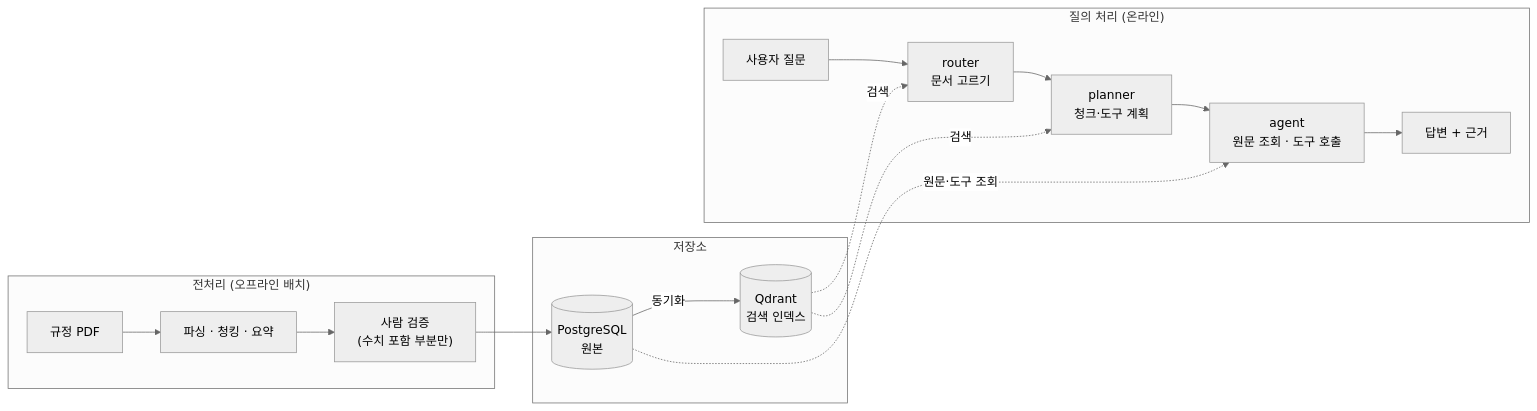
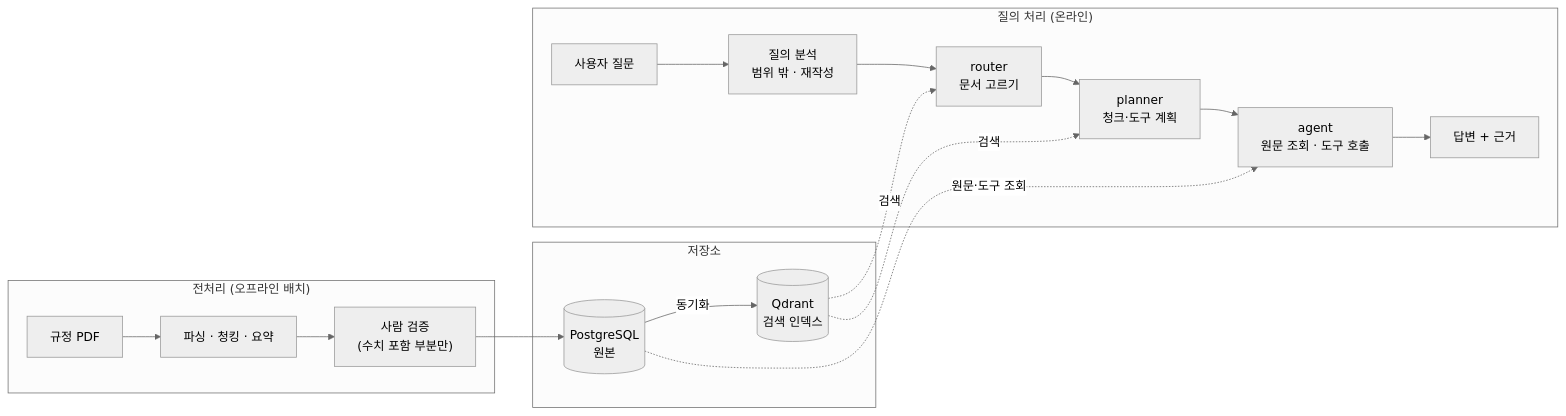
The first of 6 diagrams in docs/RAG_FLOW_OVERVIEW.md (bbangwon/kicox_poc), drawn with Mermaid (neutral theme) before and after one commit. The commit also changed other lines of this file and 3 other files, not shown here.

````diff
--- a/docs/RAG_FLOW_OVERVIEW.md
+++ b/docs/RAG_FLOW_OVERVIEW.md
@@ -14,25 +14,26 @@
 ```mermaid
 flowchart LR
     subgraph OFF["전처리 (오프라인 배치)"]
         PDF["규정 PDF"] --> PRE["파싱 · 청킹 · 요약"]
         PRE --> CHK["사람 검증<br/>(수치 포함 부분만)"]
     end
 
     subgraph STORE["저장소"]
         PG[("PostgreSQL<br/>원본")]
         QD[("Qdrant<br/>검색 인덱스")]
         PG -- 동기화 --> QD
     end
 
     subgraph ON["질의 처리 (온라인)"]
-        Q["사용자 질문"] --> R["router<br/>문서 고르기"]
+        Q["사용자 질문"] --> QA["질의 분석<br/>범위 밖 · 재작성"]
+        QA --> R["router<br/>문서 고르기"]
         R --> P["planner<br/>청크·도구 계획"]
         P --> A["agent<br/>원문 조회 · 도구 호출"]
         A --> ANS["답변 + 근거"]
     end
 
     CHK --> PG
     QD -. 검색 .-> R
     QD -. 검색 .-> P
     PG -. 원문·도구 조회 .-> A
 ```
````
